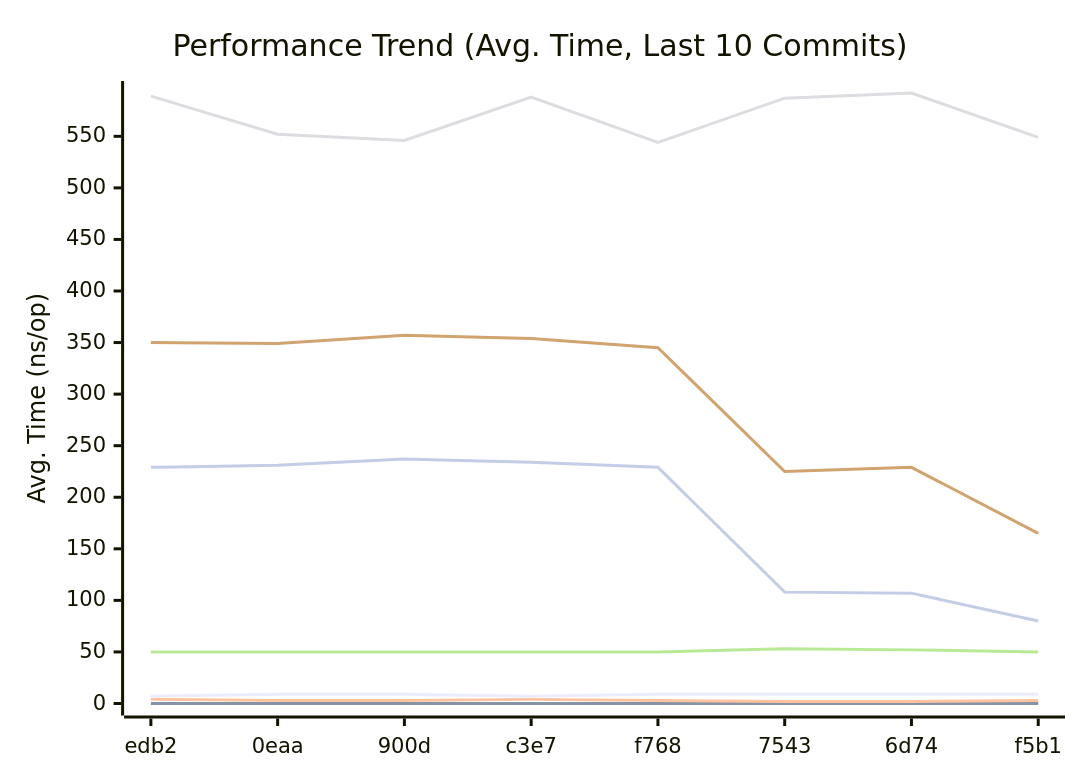
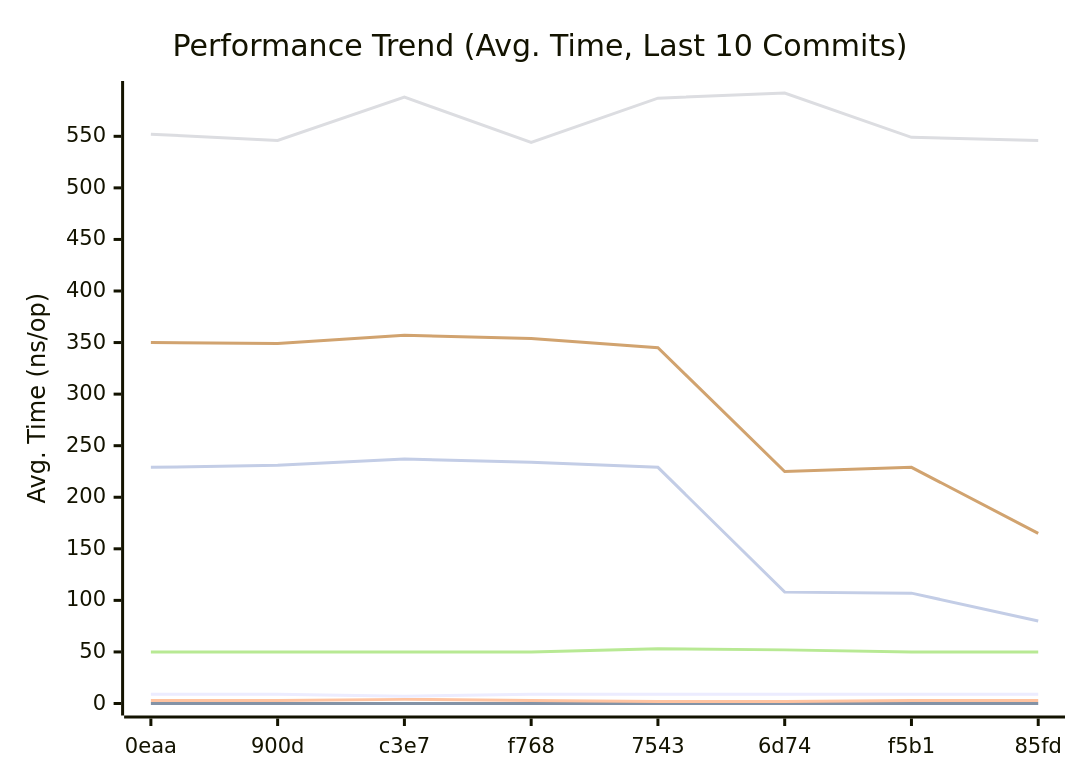
The first of 3 diagrams in docs/README.md (alsotoes/momo), drawn with Mermaid before and after one commit. The commit also changed other lines of this file and 1 other file, not shown here.

````diff
--- a/docs/README.md
+++ b/docs/README.md
@@ -303,14 +303,14 @@
 ```mermaid
 xychart-beta
     title "Performance Trend (Avg. Time, Last 10 Commits)"
     x-axis "Commit"
     y-axis "Avg. Time (ns/op)"
-    x-axis [edb2,0eaa,900d,c3e7,f768,7543,6d74,f5b1]
-    line "CheckMetricsAndSwap" [7,9,9,7,9,9,9,9,9,8]
+    x-axis [0eaa,900d,c3e7,f768,7543,6d74,f5b1,85fd]
+    line "CheckMetricsAndSwap" [9,9,7,9,9,9,9,9,8,9]
     line "IndexDirectTracking" [0,0,0,0,0,0,0,0,0,0]
-    line "IndexSearch" [4,3,3,4,3,2,2,3,3,4]
-    line "LoadGlobalConfig" [589,552,546,588,544,587,592,549,546,596]
-    line "PadString" [50,50,50,50,50,53,52,50,50,49]
+    line "IndexSearch" [3,3,4,3,2,2,3,3,4,2]
+    line "LoadGlobalConfig" [552,546,588,544,587,592,549,546,596,542]
+    line "PadString" [50,50,50,50,53,52,50,50,49,49]
     line "ParseReplicationOrder_NoPrealloc" [350,349,357,354,345,225,229,165,232,234]
     line "ParseReplicationOrder_Prealloc" [229,231,237,234,229,108,107,80,110,109]
 ```
````
